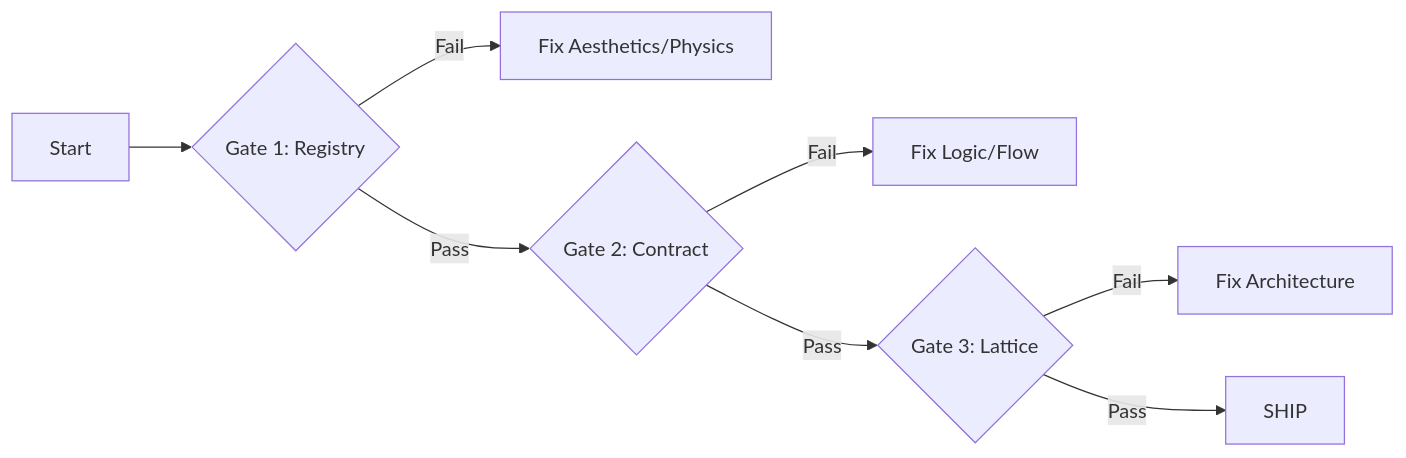
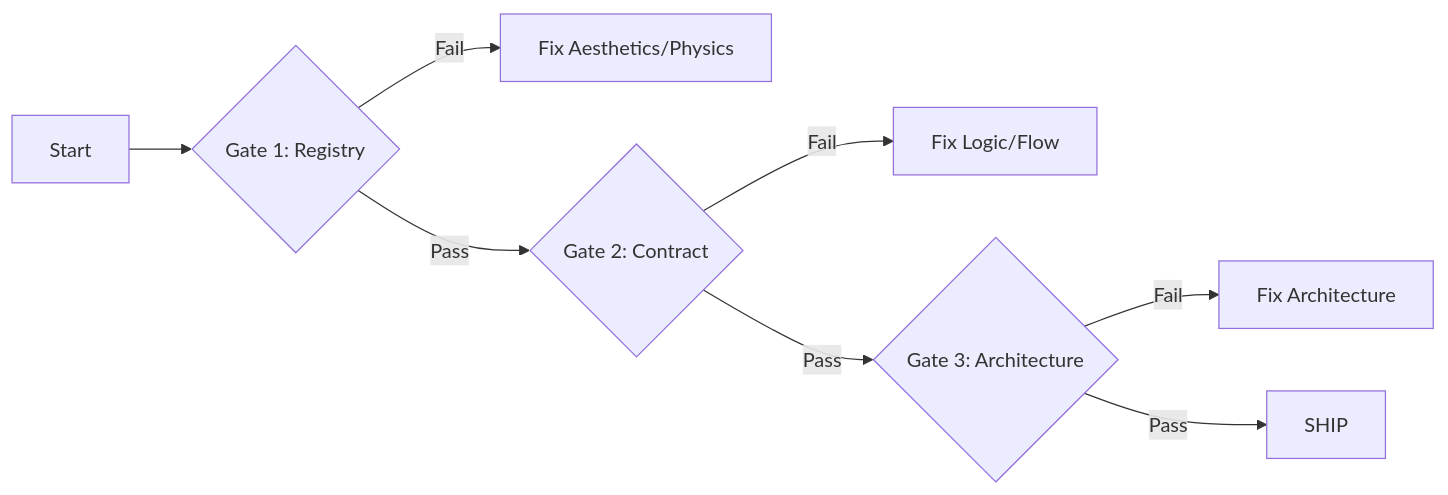
One commit to esir-nus/smart-sales-main changed the diagram in .agent/workflows/prism-check-[tool].md. Above: the diagram before and after it, drawn with Mermaid. The commit also changed other lines of this file and 215 other files, not shown here.

````diff
--- a/.agent/workflows/prism-check-[tool].md
+++ b/.agent/workflows/prism-check-[tool].md
@@ -15,10 +15,10 @@
 ```mermaid
 graph LR
     A[Start] --> B{Gate 1: Registry}
     B -- Fail --> F[Fix Aesthetics/Physics]
     B -- Pass --> C{Gate 2: Contract}
     C -- Fail --> G[Fix Logic/Flow]
-    C -- Pass --> D{Gate 3: Lattice}
+    C -- Pass --> D{Gate 3: Architecture}
     D -- Fail --> H[Fix Architecture]
     D -- Pass --> E[SHIP]
 ```
````
